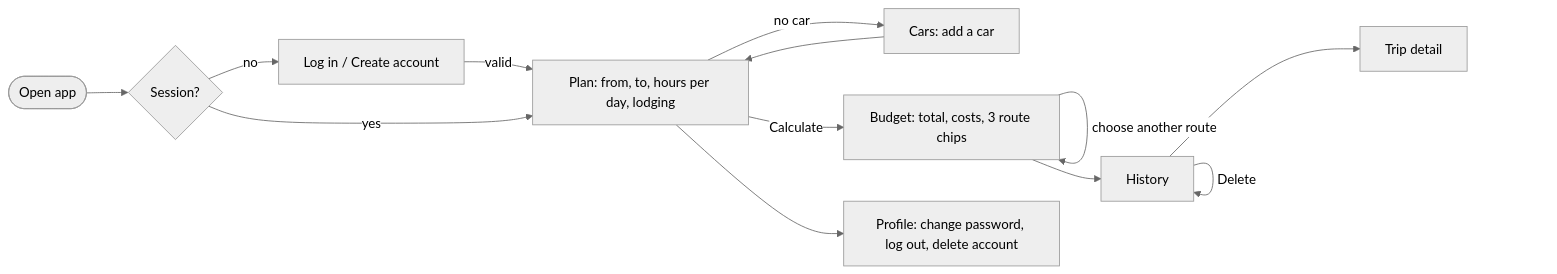
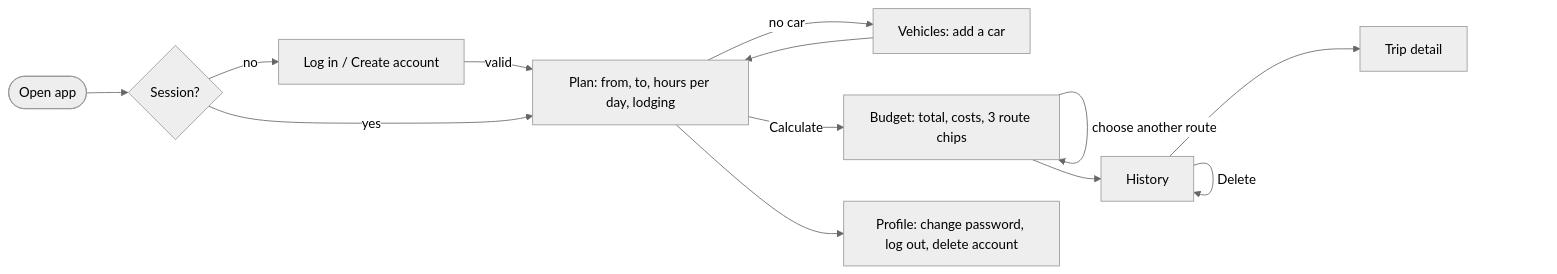
One commit to ShadAre05/RouteWise changed the second of 2 diagrams in android/README.md. Above: the diagram before and after it, drawn with Mermaid (neutral theme). The commit also changed other lines of this file and 29 other files, not shown here.

````diff
--- a/android/README.md
+++ b/android/README.md
@@ -138,15 +138,15 @@
 ```mermaid
 flowchart LR
     Start([Open app]) --> Has{Session?}
     Has -- no --> Login[Log in / Create account]
     Login -- valid --> Plan
     Has -- yes --> Plan[Plan: from, to, hours per day, lodging]
-    Plan -- "no car" --> Cars[Cars: add a car]
+    Plan -- "no car" --> Cars[Vehicles: add a car]
     Cars --> Plan
     Plan -- Calculate --> Budget[Budget: total, costs, 3 route chips]
     Budget -- "choose another route" --> Budget
     Budget --> History[History]
     History --> Detail[Trip detail]
     History -- Delete --> History
     Plan --> Profile[Profile: change password, log out, delete account]
 ```
````
